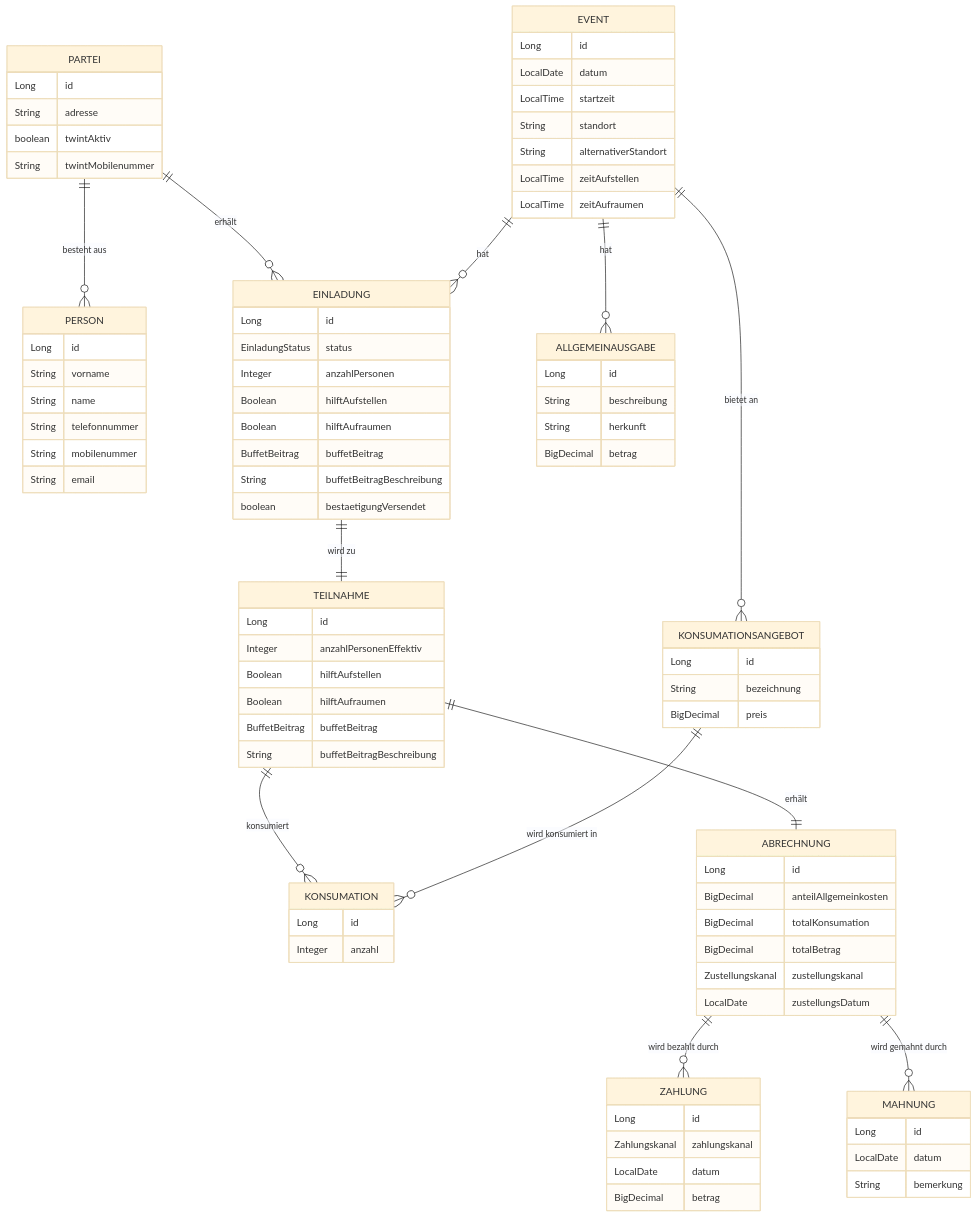
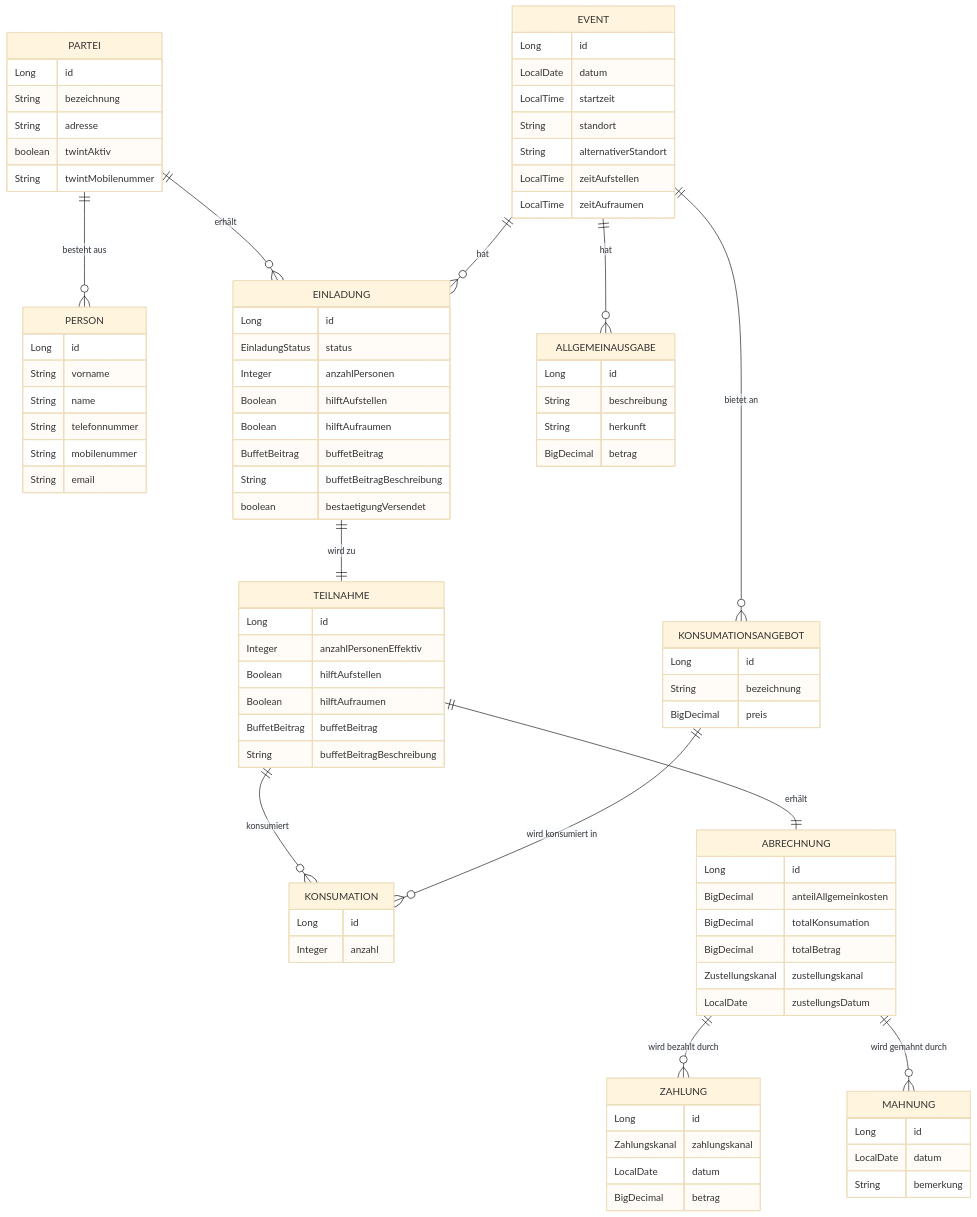
The second of 2 diagrams in specs/architecture.md (davidrossier/quartierfest-backend), drawn with Mermaid (base theme) before and after one commit. The commit also changed other lines of this file and 28 other files, not shown here.

```diff
--- a/specs/architecture.md
+++ b/specs/architecture.md
@@ -54,6 +54,7 @@
 
     PARTEI {
         Long id
+        String bezeichnung
         String adresse
         boolean twintAktiv
         String twintMobilenummer
```
